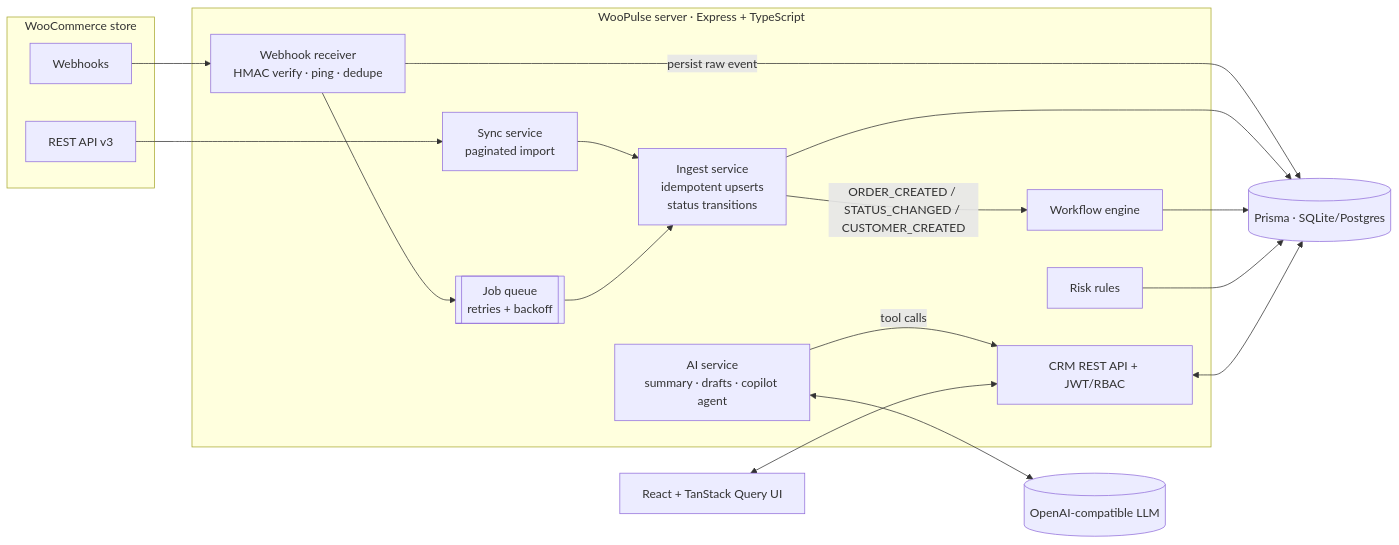
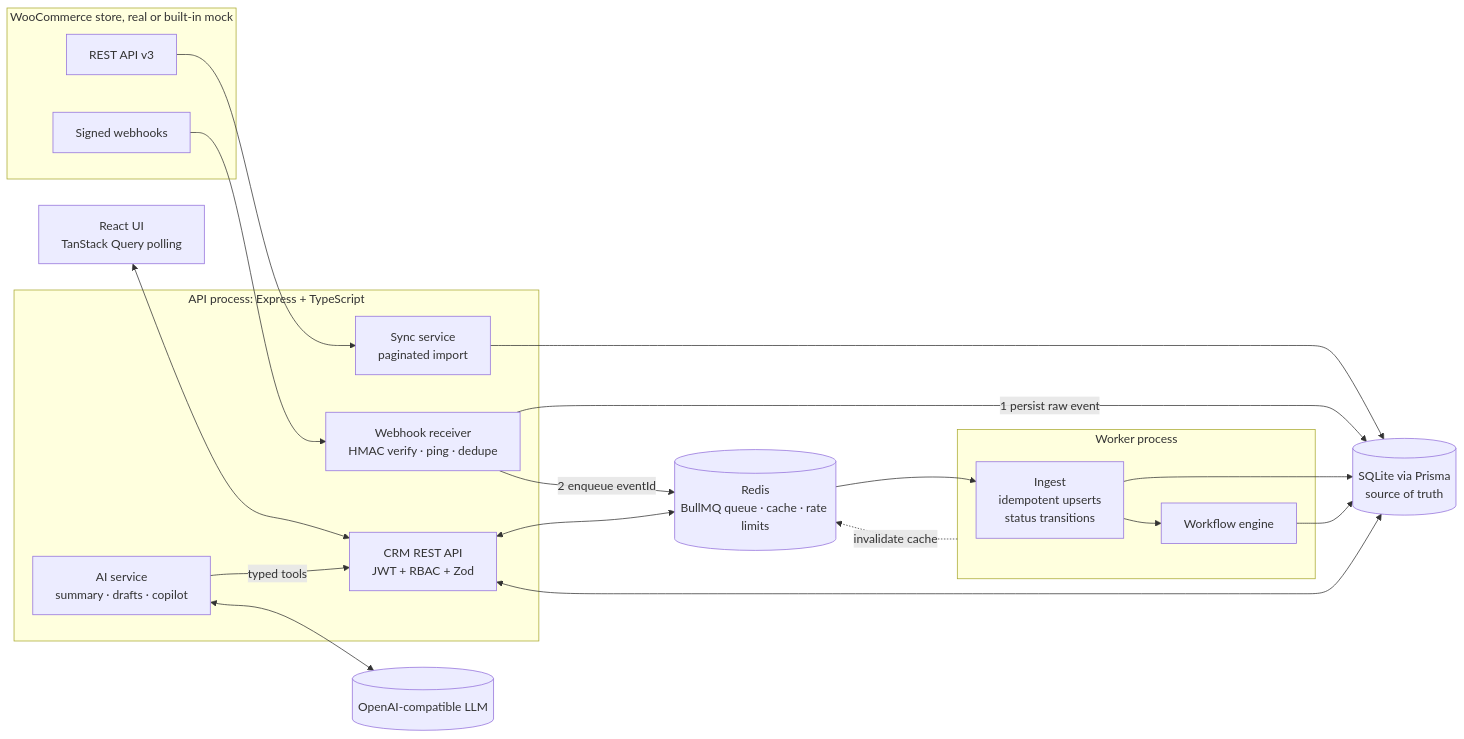
One commit to prathamnaik24/kilowott-hackathon changed the first of 3 diagrams in README.md. Above: the diagram before and after it, drawn with Mermaid. The commit also changed other lines of this file and 1 other file, not shown here.

Commit message:
docs: comprehensive README and conclusions (architecture, data flow, Redis, security, API, testing, demo script)

````diff
--- a/README.md
+++ b/README.md
@@ -70,29 +139,31 @@
 ```mermaid
 flowchart LR
-  subgraph Woo[WooCommerce store]
+  subgraph Woo[WooCommerce store, real or built-in mock]
     REST[REST API v3]
-    WH[Webhooks]
+    WH[Signed webhooks]
   end
-  subgraph API[WooPulse server · Express + TypeScript]
+  subgraph API[API process: Express + TypeScript]
     SYNC[Sync service<br/>paginated import]
     RX[Webhook receiver<br/>HMAC verify · ping · dedupe]
-    Q[[Job queue<br/>retries + backoff]]
-    ING[Ingest service<br/>idempotent upserts<br/>status transitions]
+    CRM[CRM REST API<br/>JWT + RBAC + Zod]
+    AI[AI service<br/>summary · drafts · copilot]
+  end
+  R[(Redis<br/>BullMQ queue · cache · rate limits)]
+  subgraph WK[Worker process]
+    ING[Ingest<br/>idempotent upserts<br/>status transitions]
     WF[Workflow engine]
-    RISK[Risk rules]
-    AI[AI service<br/>summary · drafts · copilot agent]
-    CRM[CRM REST API + JWT/RBAC]
   end
-  DB[(Prisma · SQLite/Postgres)]
+  DB[(SQLite via Prisma<br/>source of truth)]
   LLM[(OpenAI-compatible LLM)]
-  UI[React + TanStack Query UI]
+  UI[React UI<br/>TanStack Query polling]
 
-  REST --> SYNC --> ING
-  WH --> RX -->|persist raw event| DB
-  RX --> Q --> ING --> DB
-  ING -->|ORDER_CREATED / STATUS_CHANGED / CUSTOMER_CREATED| WF --> DB
-  RISK --> DB
-  AI -->|tool calls| CRM
+  REST --> SYNC --> DB
+  WH --> RX -->|1 persist raw event| DB
+  RX -->|2 enqueue eventId| R --> ING --> DB
+  ING --> WF --> DB
+  WK -. invalidate cache .-> R
+  UI <--> CRM <--> DB
+  CRM <--> R
   AI <--> LLM
-  UI <--> CRM <--> DB
+  AI -->|typed tools| CRM
 ```
````
